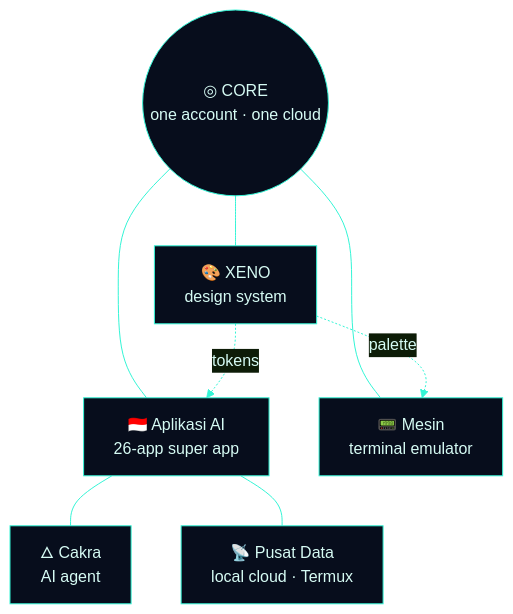
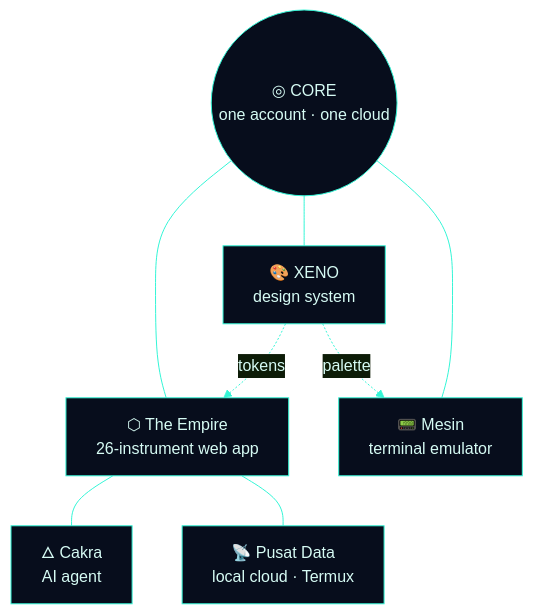
The diagram in README.md (JondriDev/JondriDev), drawn with Mermaid before and after one commit. The commit also changed other lines of this file and 1 other file, not shown here.

First line of the commit message:
hub: add The Empire flagship node; reflect pure-web ecosystem

````diff
--- a/README.md
+++ b/README.md
@@ -21,12 +21,12 @@
 ```mermaid
 %%{init: {'theme':'base','themeVariables':{'primaryColor':'#070d1c','primaryBorderColor':'#34f5d6','primaryTextColor':'#d6fbf4','lineColor':'#34f5d6','fontFamily':'monospace'}}}%%
 graph TD
   CORE(("◎ CORE<br/>one account · one cloud"))
+  CORE --- EMP["⬡ The Empire<br/>26-instrument web app"]
   CORE --- DS["🎨 XENO<br/>design system"]
-  CORE --- AAI["🇮🇩 Aplikasi AI<br/>26-app super app"]
   CORE --- MSN["📟 Mesin<br/>terminal emulator"]
-  AAI --- CKR["🜂 Cakra<br/>AI agent"]
-  AAI --- HUB["📡 Pusat Data<br/>local cloud · Termux"]
-  DS -. tokens .-> AAI
+  EMP --- CKR["🜂 Cakra<br/>AI agent"]
+  EMP --- HUB["📡 Pusat Data<br/>local cloud · Termux"]
+  DS -. tokens .-> EMP
   DS -. palette .-> MSN
 ```
````
